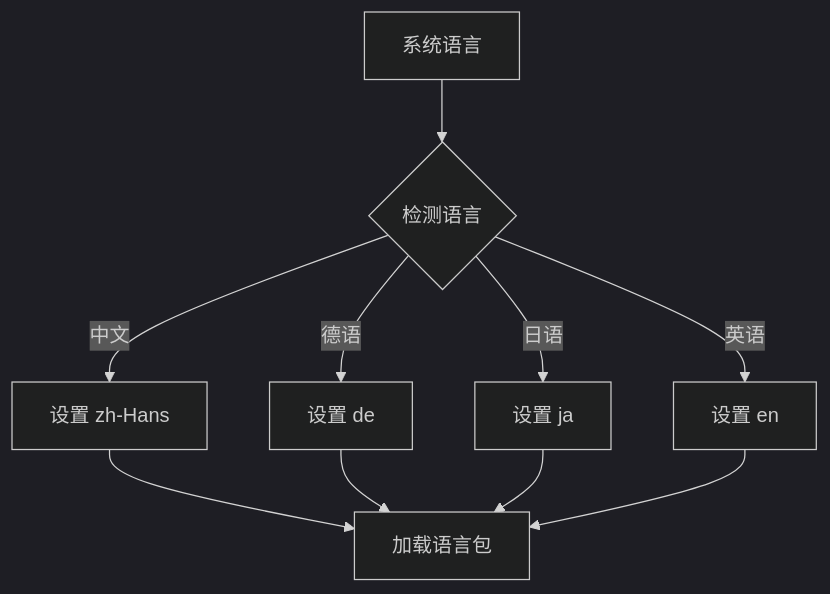
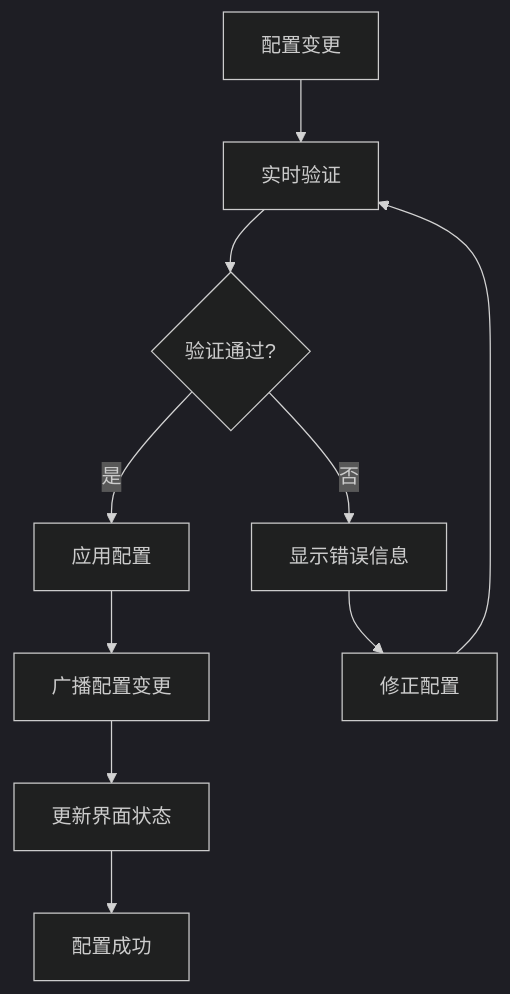
One commit to CubeEdge/Longhorn changed diagram 16 of 17 in .qoder/repowiki/zh/content/Admin Settings Component.md. Above: the diagram before and after it, drawn with Mermaid (dark theme). The commit also changed other lines of this file and 53 other files, not shown here.

````diff
--- a/.qoder/repowiki/zh/content/Admin Settings Component.md
+++ b/.qoder/repowiki/zh/content/Admin Settings Component.md
@@ -829,12 +870,12 @@
 ```mermaid
 flowchart TD
-SystemLang[系统语言] --> DetectLang{检测语言}
-DetectLang --> |中文| SetZh[设置 zh-Hans]
-DetectLang --> |德语| SetDe[设置 de]
-DetectLang --> |日语| SetJa[设置 ja]
-DetectLang --> |英语| SetEn[设置 en]
-SetZh --> LoadBundle[加载语言包]
-SetDe --> LoadBundle
-SetJa --> LoadBundle
-SetEn --> LoadBundle
+ConfigChange[配置变更] --> Validate[实时验证]
+Validate --> Valid{验证通过?}
+Valid --> |是| Apply[应用配置]
+Valid --> |否| ShowError[显示错误信息]
+ShowError --> FixConfig[修正配置]
+FixConfig --> Validate
+Apply --> Broadcast[广播配置变更]
+Broadcast --> UpdateUI[更新界面状态]
+UpdateUI --> Success[配置成功]
 ```
````
